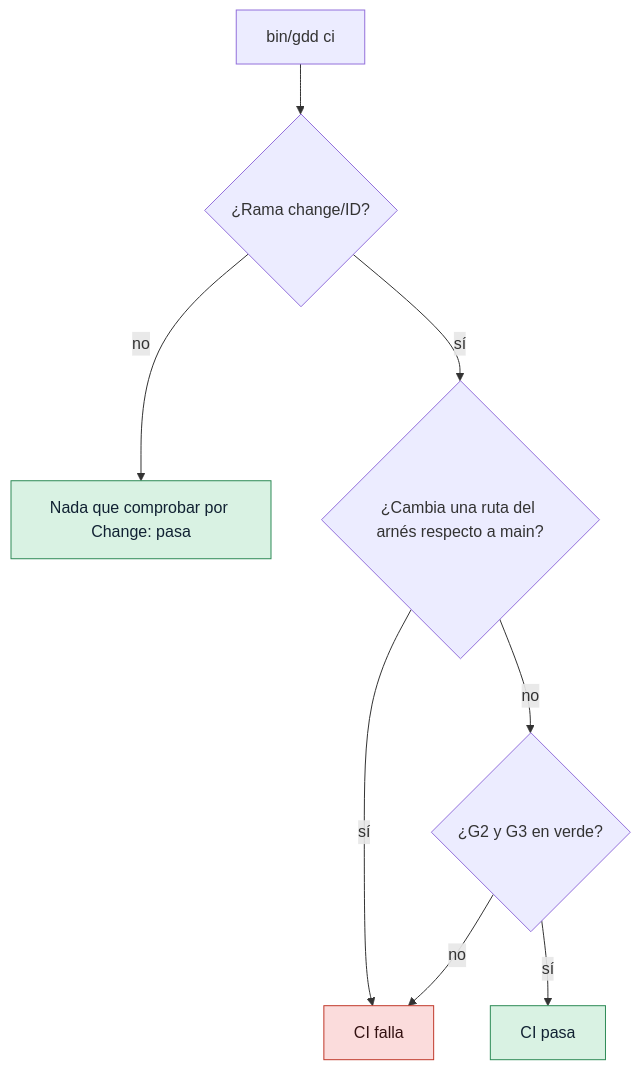
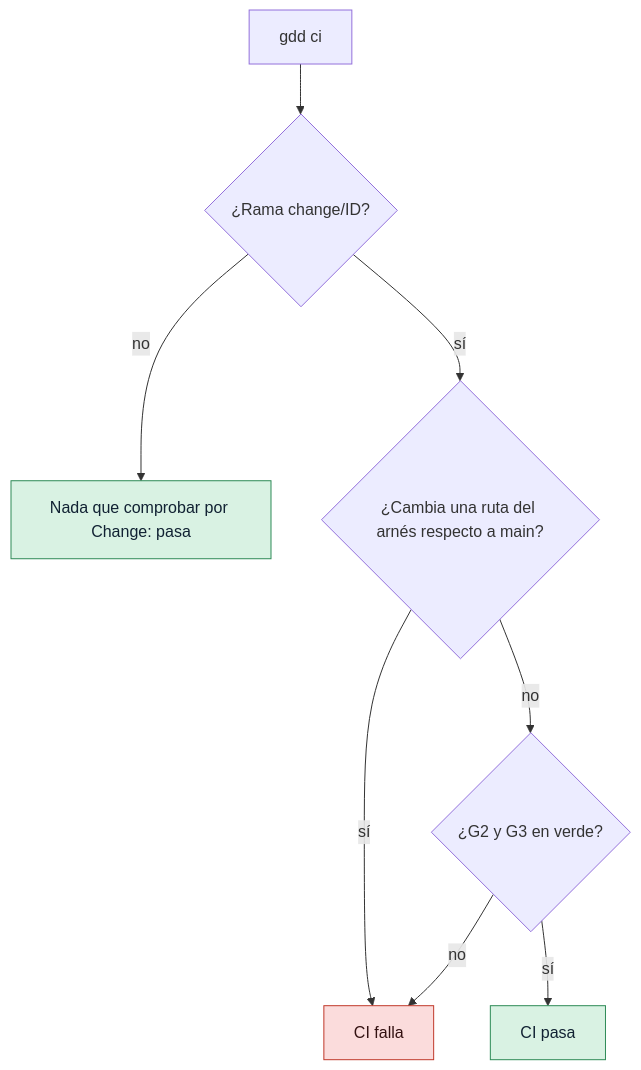
Before and after one commit to MarsGotta/gdd: the diagram in docs/es/how-to/ci.md, drawn with Mermaid. The commit also changed other lines of this file and 210 other files, not shown here.

````diff
--- a/docs/es/how-to/ci.md
+++ b/docs/es/how-to/ci.md
@@ -74,12 +86,12 @@
 ```mermaid
 flowchart TD
-    A[bin/gdd ci] --> B{"¿Rama change/ID?"}
+    A[gdd ci] --> B{"¿Rama change/ID?"}
     B -->|no| C[Nada que comprobar por Change: pasa]:::green
     B -->|"sí"| D{"¿Cambia una ruta del arnés respecto a main?"}
     D -->|"sí"| F[CI falla]:::red
     D -->|no| E{"¿G2 y G3 en verde?"}
     E -->|"sí"| G[CI pasa]:::green
     E -->|no| F
     classDef green fill:#d9f2e3,stroke:#2e8b57,color:#123
     classDef red fill:#fbdcdc,stroke:#c0392b,color:#311
 ```
````
